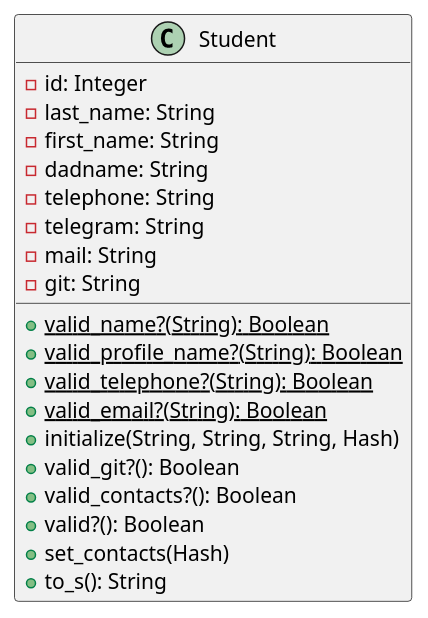
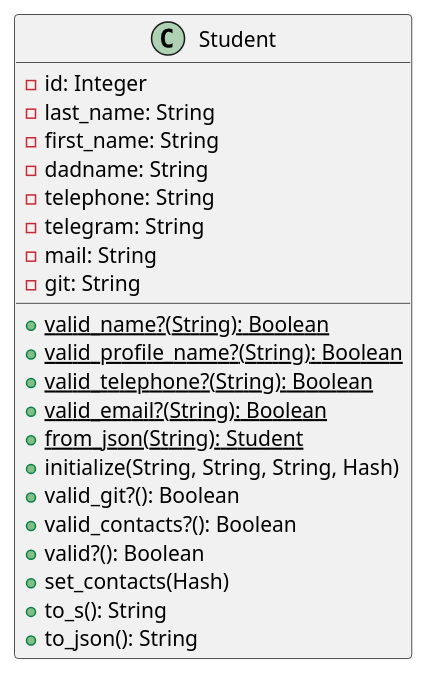
Before and after one commit to KREEAL/RubyLabs: the diagram in LR2/Task1/StudentClassDiagram.puml, drawn with PlantUML. The commit also changed 3 other files, not shown here.

```diff
--- a/LR2/Task1/StudentClassDiagram.puml
+++ b/LR2/Task1/StudentClassDiagram.puml
@@ -1,24 +1,26 @@
 @startuml
 'https://plantuml.com/class-diagram
 
 class Student {
     -id: Integer
     -last_name: String
     -first_name: String
     -dadname: String
     -telephone: String
     -telegram: String
     -mail: String
     -git: String
     +{static}valid_name?(String): Boolean
     +{static}valid_profile_name?(String): Boolean
     +{static}valid_telephone?(String): Boolean
     +{static}valid_email?(String): Boolean
+    +{static}from_json(String): Student
     +initialize(String, String, String, Hash)
     +valid_git?(): Boolean
     +valid_contacts?(): Boolean
     +valid?(): Boolean
     +set_contacts(Hash)
     +to_s(): String
+    +to_json(): String
 }
 @enduml
```
